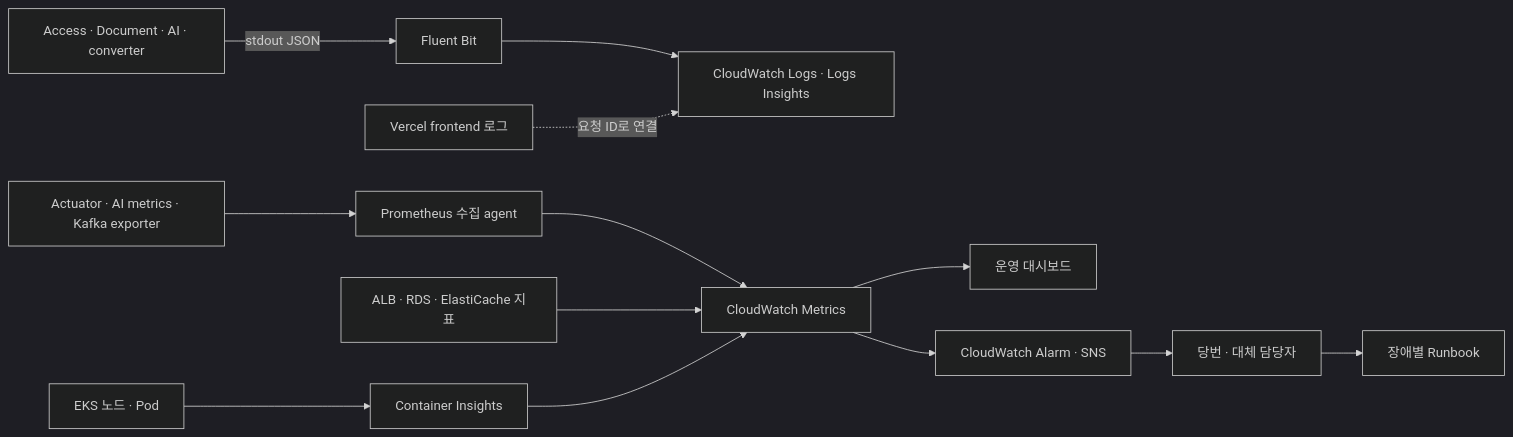
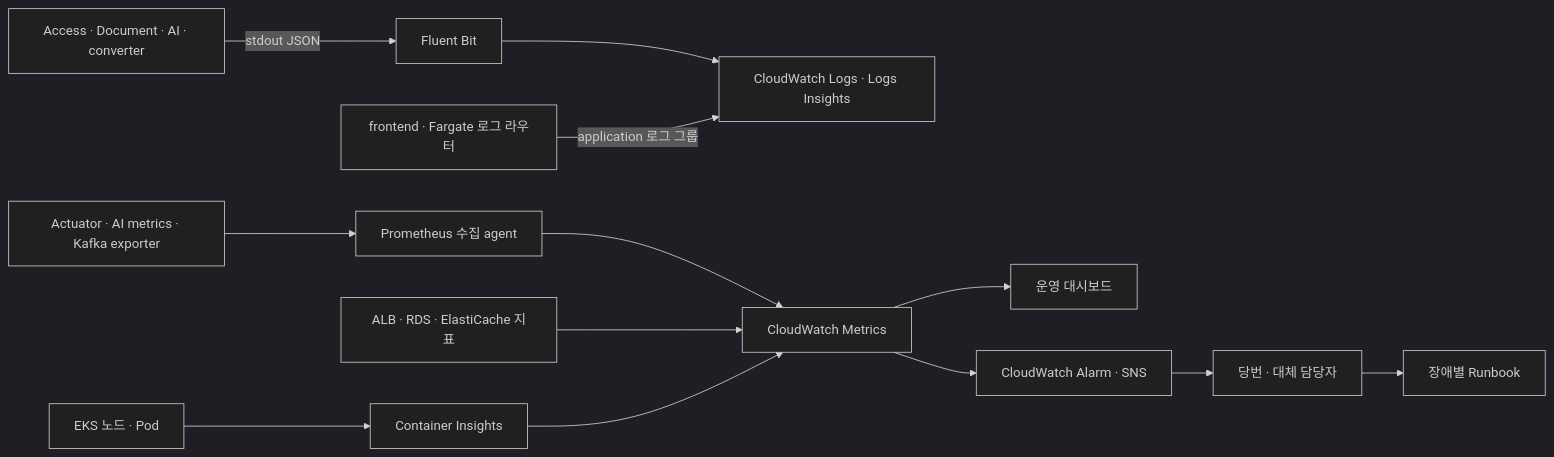
Before and after one commit to FruitionKR/Fruition-flatform: the third of 3 diagrams in docs/architecture.md, drawn with Mermaid (dark theme). The commit also changed other lines of this file and 30 other files, not shown here.

````diff
--- a/docs/architecture.md
+++ b/docs/architecture.md
@@ -349,15 +353,15 @@
 ```mermaid
 flowchart LR
   Apps[Access · Document · AI · converter] -->|stdout JSON| Fluent[Fluent Bit]
   Fluent --> Logs[CloudWatch Logs · Logs Insights]
   Nodes[EKS 노드 · Pod] --> CI[Container Insights]
   Metrics[Actuator · AI metrics · Kafka exporter] --> Collector[Prometheus 수집 agent]
   Collector --> CW[CloudWatch Metrics]
   Native[ALB · RDS · ElastiCache 지표] --> CW
   CI --> CW
   CW --> Dashboard[운영 대시보드]
   CW --> Alarm[CloudWatch Alarm · SNS]
   Alarm --> Operator[당번 · 대체 담당자]
   Operator --> RB[장애별 Runbook]
-  Front[Vercel frontend 로그] -. 요청 ID로 연결 .-> Logs
+  Front[frontend · Fargate 로그 라우터] -->|application 로그 그룹| Logs
 ```
````
